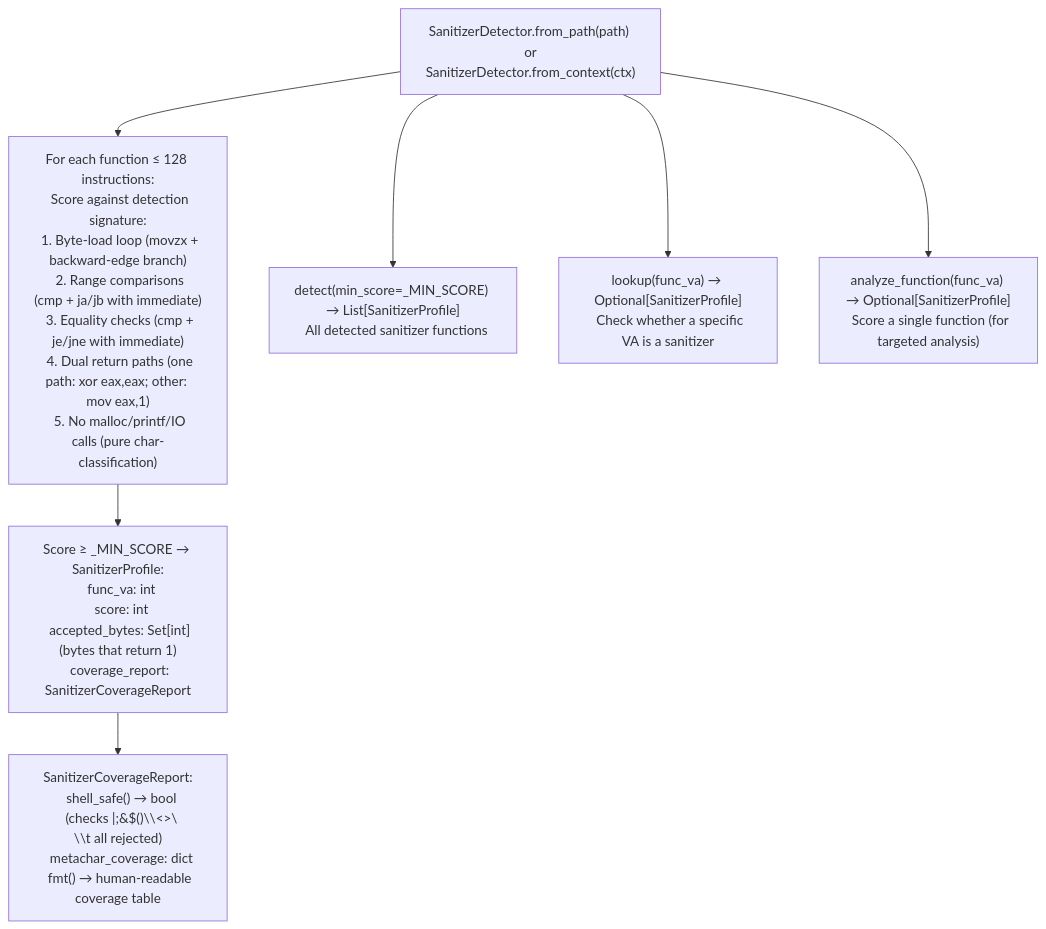
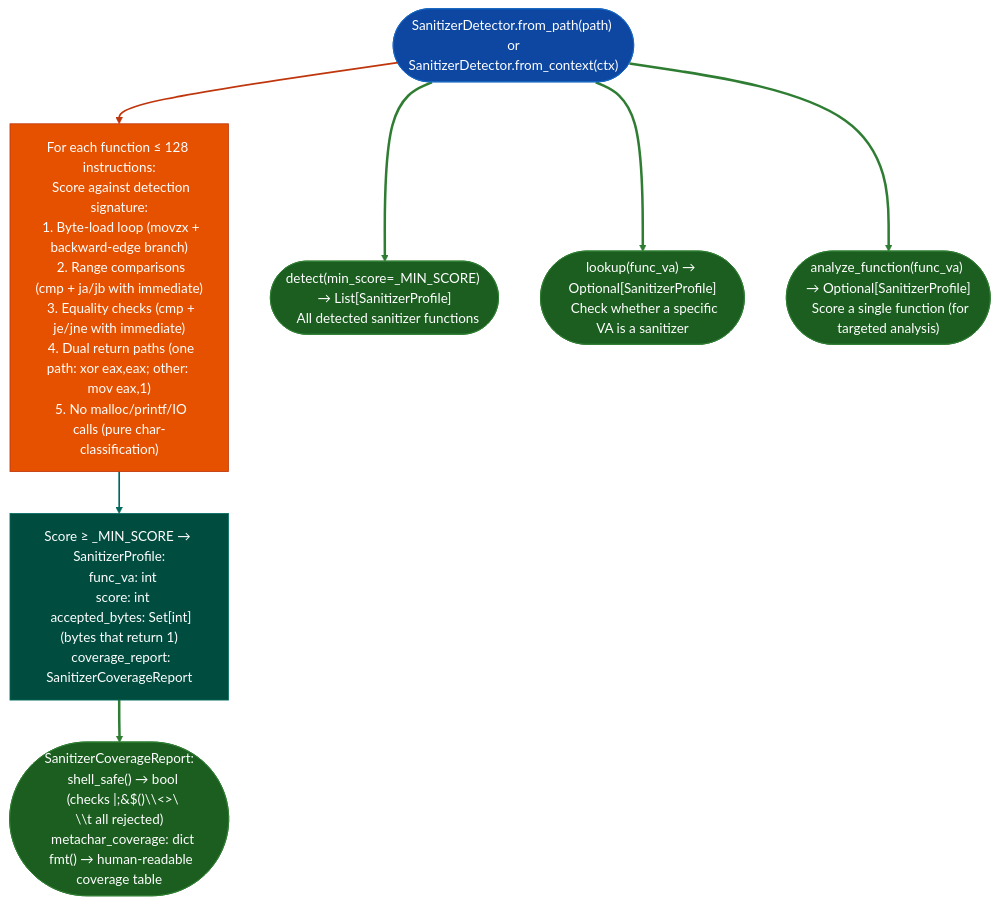
The diagram in docs/reference-modules/sanitizer-recognition.md (Ablation-Tool/ablation), drawn with Mermaid before and after one commit. The commit also changed 320 other files, not shown here.

First line of the commit message:
docs: apply canonical Mermaid template to all 321 diagrams

````diff
--- a/docs/reference-modules/sanitizer-recognition.md
+++ b/docs/reference-modules/sanitizer-recognition.md
@@ -19,9 +19,21 @@
 ```mermaid
 flowchart TD
-    A["SanitizerDetector.from_path(path) or\nSanitizerDetector.from_context(ctx)"] --> B["For each function ≤ 128 instructions:\n  Score against detection signature:\n  1. Byte-load loop (movzx + backward-edge branch)\n  2. Range comparisons (cmp + ja/jb with immediate)\n  3. Equality checks (cmp + je/jne with immediate)\n  4. Dual return paths (one path: xor eax,eax; other: mov eax,1)\n  5. No malloc/printf/IO calls (pure char-classification)"]
-    B --> C["Score ≥ _MIN_SCORE → SanitizerProfile:\n  func_va: int\n  score: int\n  accepted_bytes: Set[int] (bytes that return 1)\n  coverage_report: SanitizerCoverageReport"]
-    C --> D["SanitizerCoverageReport:\n  shell_safe() → bool\n  (checks |;&$()\\<>\\n\\t all rejected)\n  metachar_coverage: dict\n  fmt() → human-readable coverage table"]
-    A --> E["detect(min_score=_MIN_SCORE) → List[SanitizerProfile]\n  All detected sanitizer functions"]
-    A --> F["lookup(func_va) → Optional[SanitizerProfile]\n  Check whether a specific VA is a sanitizer"]
-    A --> G["analyze_function(func_va) → Optional[SanitizerProfile]\n  Score a single function (for targeted analysis)"]
+    A(["SanitizerDetector.from_path(path) or\nSanitizerDetector.from_context(ctx)"]):::input --> B["For each function ≤ 128 instructions:\n  Score against detection signature:\n  1. Byte-load loop (movzx + backward-edge branch)\n  2. Range comparisons (cmp + ja/jb with immediate)\n  3. Equality checks (cmp + je/jne with immediate)\n  4. Dual return paths (one path: xor eax,eax; other: mov eax,1)\n  5. No malloc/printf/IO calls (pure char-classification)"]:::primary
+    B:::primary --> C["Score ≥ _MIN_SCORE → SanitizerProfile:\n  func_va: int\n  score: int\n  accepted_bytes: Set[int] (bytes that return 1)\n  coverage_report: SanitizerCoverageReport"]:::secondary
+    C:::secondary --> D(["SanitizerCoverageReport:\n  shell_safe() → bool\n  (checks |;&$()\\<>\\n\\t all rejected)\n  metachar_coverage: dict\n  fmt() → human-readable coverage table"]):::output
+    A:::input --> E(["detect(min_score=_MIN_SCORE) → List[SanitizerProfile]\n  All detected sanitizer functions"]):::output
+    A:::input --> F(["lookup(func_va) → Optional[SanitizerProfile]\n  Check whether a specific VA is a sanitizer"]):::output
+    A:::input --> G(["analyze_function(func_va) → Optional[SanitizerProfile]\n  Score a single function (for targeted analysis)"]):::output
+    classDef input     fill:#0d47a1,stroke:#1565c0,color:#fff
+    classDef primary   fill:#e65100,stroke:#bf360c,color:#fff
+    classDef secondary fill:#004d40,stroke:#00695c,color:#fff
+    classDef tertiary  fill:#4a148c,stroke:#6a1b9a,color:#fff
+    classDef neutral   fill:#37474f,stroke:#546e7a,color:#fff
+    classDef output    fill:#1b5e20,stroke:#2e7d32,color:#fff
+    linkStyle 0 stroke:#bf360c,stroke-width:2px
+    linkStyle 1 stroke:#00695c,stroke-width:2px
+    linkStyle 2 stroke:#2e7d32,stroke-width:3px
+    linkStyle 3 stroke:#2e7d32,stroke-width:3px
+    linkStyle 4 stroke:#2e7d32,stroke-width:3px
+    linkStyle 5 stroke:#2e7d32,stroke-width:3px
 ```
````
